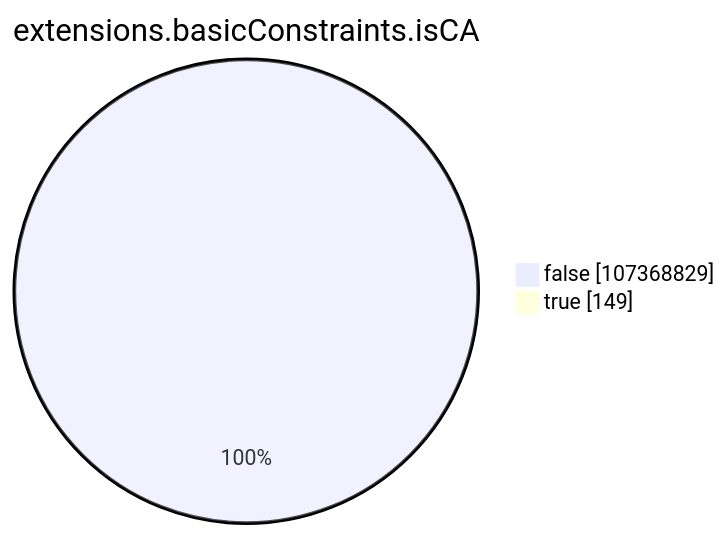
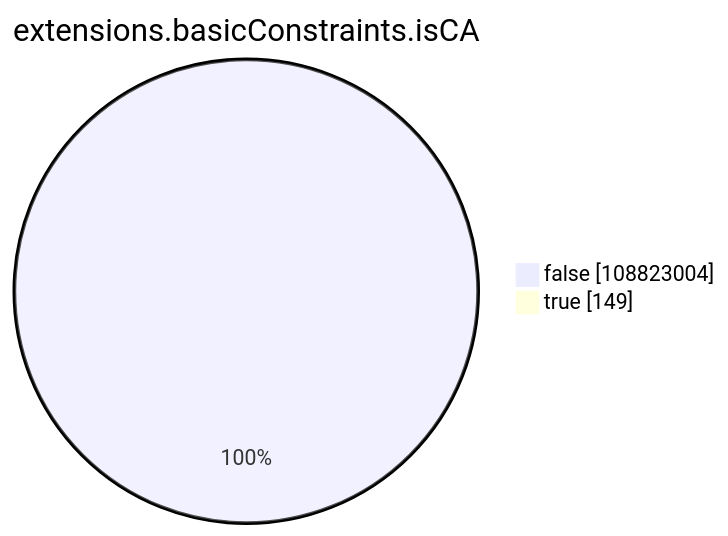
One commit to christiankrug/ctmonitor_visualization changed the seventh of 15 diagrams in xenon2023/README.md. Above: the diagram before and after it, drawn with Mermaid. The commit also changed other lines of this file, not shown here.

````diff
--- a/xenon2023/README.md
+++ b/xenon2023/README.md
@@ -2129,6 +2130,6 @@
 ```mermaid
 pie showData
 title extensions.basicConstraints.isCA
-"false" :107368829
+"false" :108823004
 "true" :149
 ```
````
